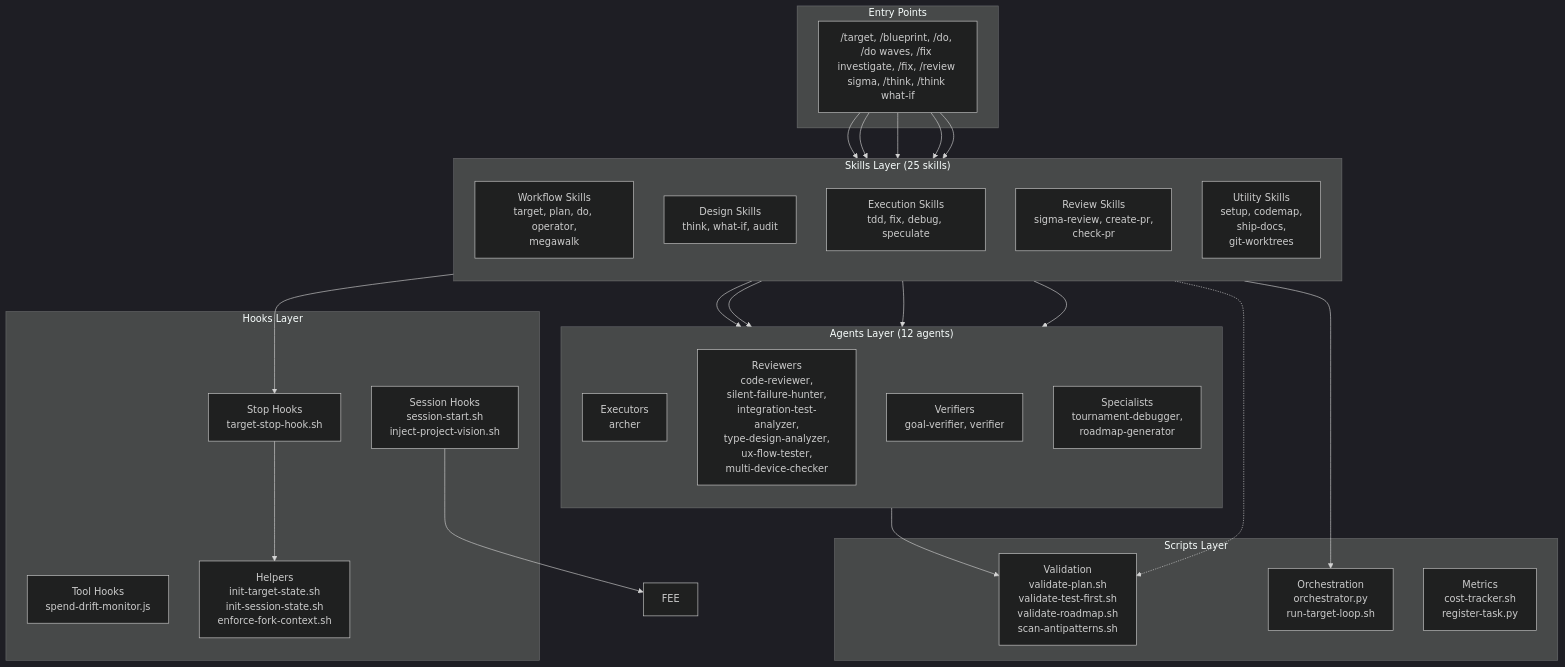
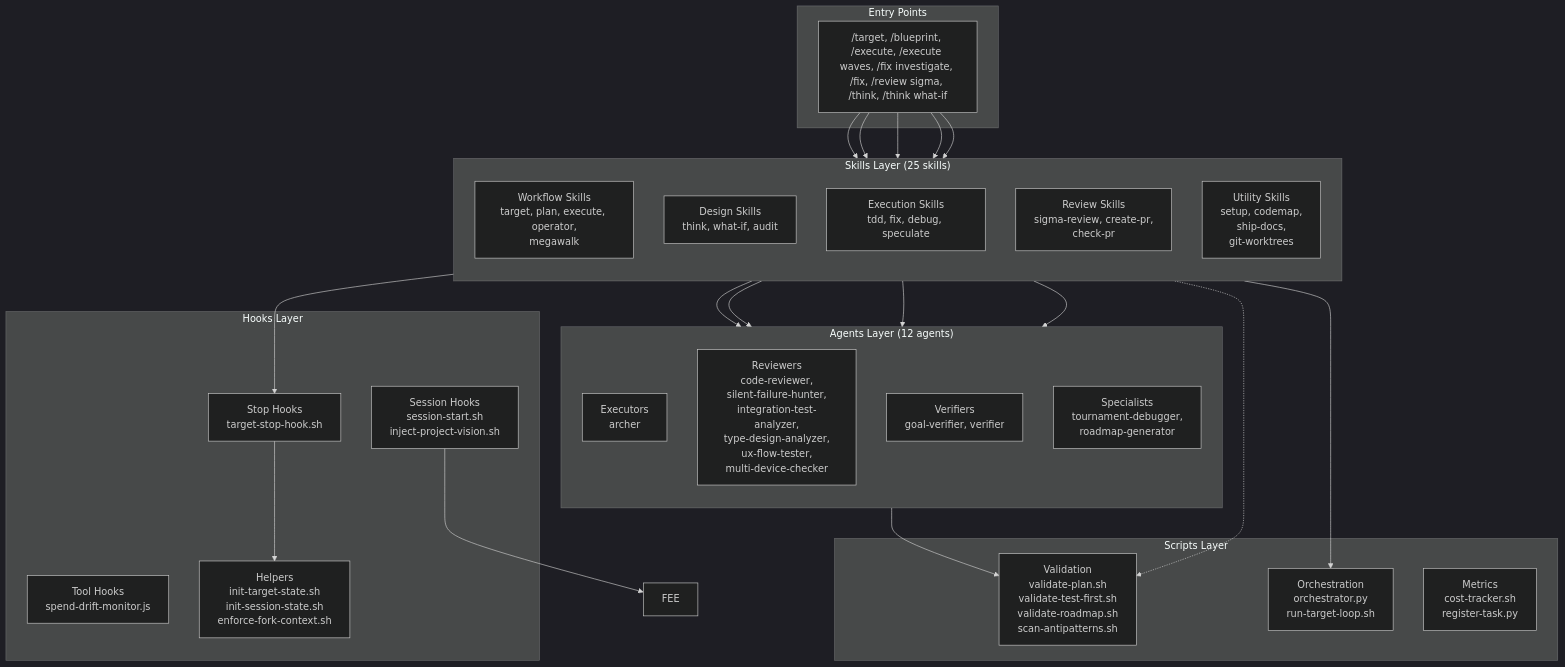
One commit to bllshttng/footnote changed the first of 6 diagrams in docs/system-architecture.md. Above: the diagram before and after it, drawn with Mermaid (dark theme). The commit also changed other lines of this file and 137 other files, not shown here.

Commit message:
refactor(skills): rename do skill to execute

````diff
--- a/docs/system-architecture.md
+++ b/docs/system-architecture.md
@@ -42,55 +42,55 @@
 ```mermaid
 graph TB
     subgraph "Entry Points"
-        CMD["/target, /blueprint, /do, /do waves, /fix investigate, /fix, /review sigma, /think, /think what-if"]
+        CMD["/target, /blueprint, /execute, /execute waves, /fix investigate, /fix, /review sigma, /think, /think what-if"]
     end
 
     subgraph "Skills Layer (25 skills)"
         direction TB
-        WF["Workflow Skills<br/>target, plan, do, operator,<br/>megawalk"]
+        WF["Workflow Skills<br/>target, plan, execute, operator,<br/>megawalk"]
         DS["Design Skills<br/>think, what-if, audit"]
         EX["Execution Skills<br/>tdd, fix, debug, speculate"]
         RV["Review Skills<br/>sigma-review, create-pr,<br/>check-pr"]
         UT["Utility Skills<br/>setup, codemap,<br/>ship-docs,<br/>git-worktrees"]
     end
 
     subgraph "Agents Layer (12 agents)"
         direction TB
         EXEC["Executors<br/>archer"]
         REV["Reviewers<br/>code-reviewer,<br/>silent-failure-hunter,<br/>integration-test-analyzer,<br/>type-design-analyzer,<br/>ux-flow-tester,<br/>multi-device-checker"]
         VER["Verifiers<br/>goal-verifier, verifier"]
         SPEC["Specialists<br/>tournament-debugger,<br/>roadmap-generator"]
     end
 
     subgraph "Hooks Layer"
         STOP["Stop Hooks<br/>target-stop-hook.sh"]
         SESS["Session Hooks<br/>session-start.sh<br/>inject-project-vision.sh"]
         TOOL["Tool Hooks<br/>spend-drift-monitor.js"]
         HELP["Helpers<br/>init-target-state.sh<br/>init-session-state.sh<br/>enforce-fork-context.sh"]
     end
 
     subgraph "Scripts Layer"
         VAL["Validation<br/>validate-plan.sh<br/>validate-test-first.sh<br/>validate-roadmap.sh<br/>scan-antipatterns.sh"]
         ORC["Orchestration<br/>orchestrator.py<br/>run-target-loop.sh"]
         MET["Metrics<br/>cost-tracker.sh<br/>register-task.py"]
     end
 
     CMD --> WF
     CMD --> DS
     CMD --> EX
     CMD --> RV
     CMD --> UT
 
     WF --> EXEC
     WF --> VER
     RV --> REV
     EX --> EXEC
     DS -.-> VAL
 
     WF --> ORC
     WF --> STOP
     SESS --> FEE
     STOP --> HELP
 
     EXEC --> VAL
 ```
````
